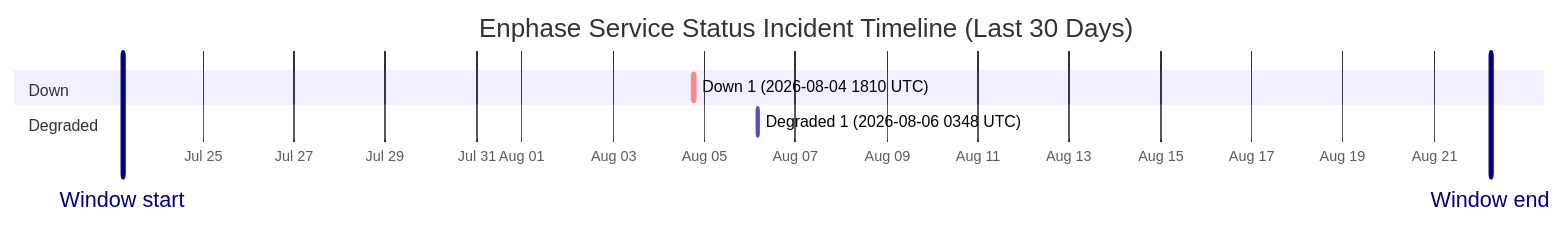
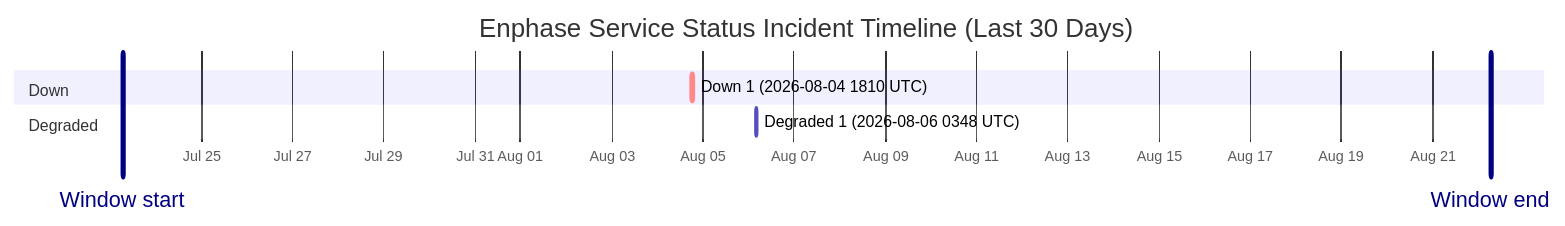
The diagram in wiki/Service-Status-History.md (barneyonline/ha-enphase-energy), drawn with Mermaid before and after one commit. The commit also changed other lines of this file and 3 other files, not shown here.

````diff
--- a/wiki/Service-Status-History.md
+++ b/wiki/Service-Status-History.md
@@ -14,12 +14,12 @@
 ```mermaid
 gantt
     title Enphase Service Status Incident Timeline (Last 30 Days)
     dateFormat  YYYY-MM-DDTHH:mm:ss
     axisFormat  %b %d
-    Window start :vert, window-start, 2026-07-23T05:52:26, 0ms
-    Window end :vert, window-end, 2026-08-22T05:52:26, 0ms
+    Window start :vert, window-start, 2026-07-23T06:36:10, 0ms
+    Window end :vert, window-end, 2026-08-22T06:36:10, 0ms
     section Down
     Down 1 (2026-08-04 1810 UTC) :crit, down-1, 2026-08-04T18:10:46, 60m
     section Degraded
     Degraded 1 (2026-08-06 0348 UTC) :active, degraded-1, 2026-08-06T03:48:14, 60m
 ```
````
